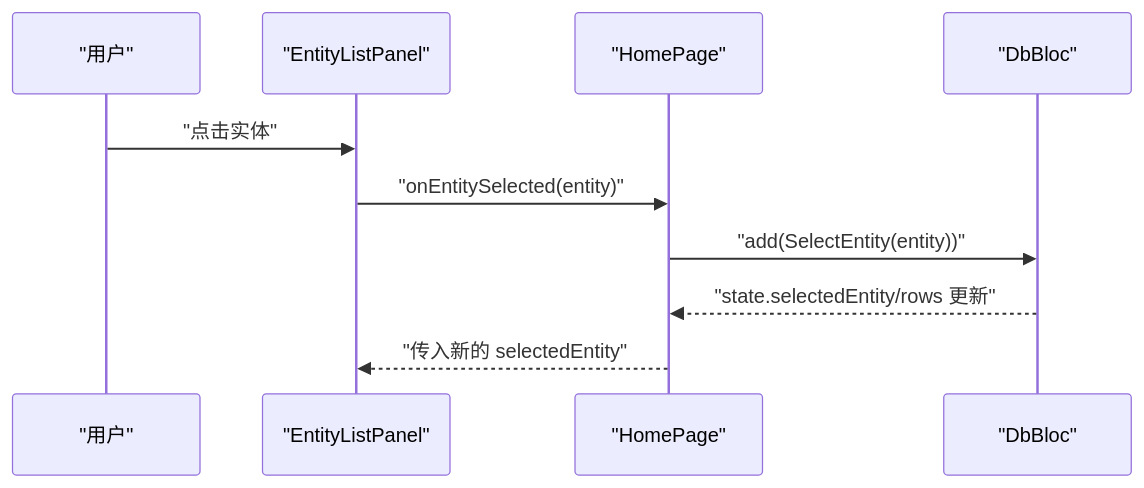
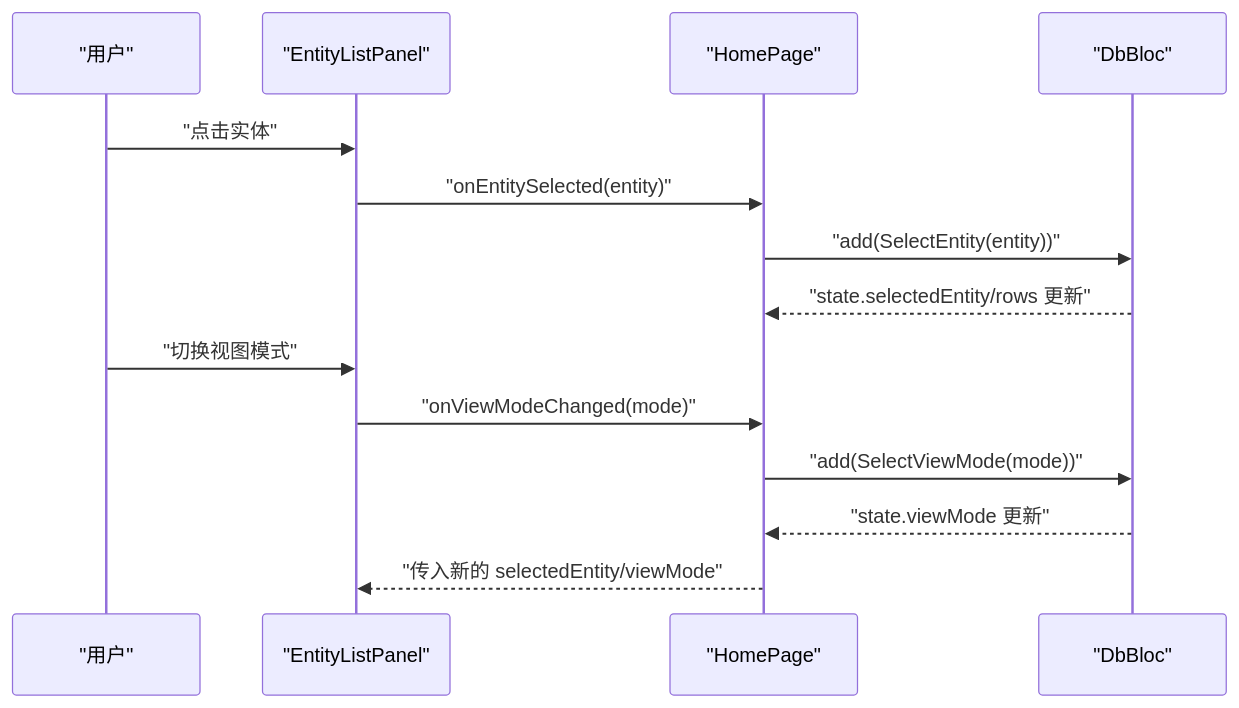
Before and after one commit to kongpf8848/objectbox_viewer: the fourth of 8 diagrams in .qoder/repowiki/zh/content/UI 组件/实体列表面板.md, drawn with Mermaid. The commit also changed other lines of this file and 9 other files, not shown here.

````diff
--- a/.qoder/repowiki/zh/content/UI 组件/实体列表面板.md
+++ b/.qoder/repowiki/zh/content/UI 组件/实体列表面板.md
@@ -180,12 +219,16 @@
 ```mermaid
 sequenceDiagram
 participant U as "用户"
 participant ELP as "EntityListPanel"
 participant HP as "HomePage"
 participant DB as "DbBloc"
 U->>ELP : "点击实体"
 ELP->>HP : "onEntitySelected(entity)"
 HP->>DB : "add(SelectEntity(entity))"
 DB-->>HP : "state.selectedEntity/rows 更新"
-HP-->>ELP : "传入新的 selectedEntity"
+U->>ELP : "切换视图模式"
+ELP->>HP : "onViewModeChanged(mode)"
+HP->>DB : "add(SelectViewMode(mode))"
+DB-->>HP : "state.viewMode 更新"
+HP-->>ELP : "传入新的 selectedEntity/viewMode"
 ```
````
